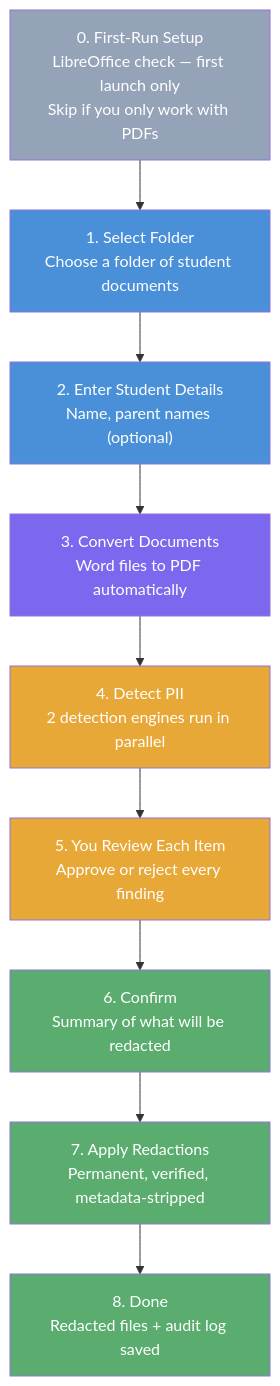
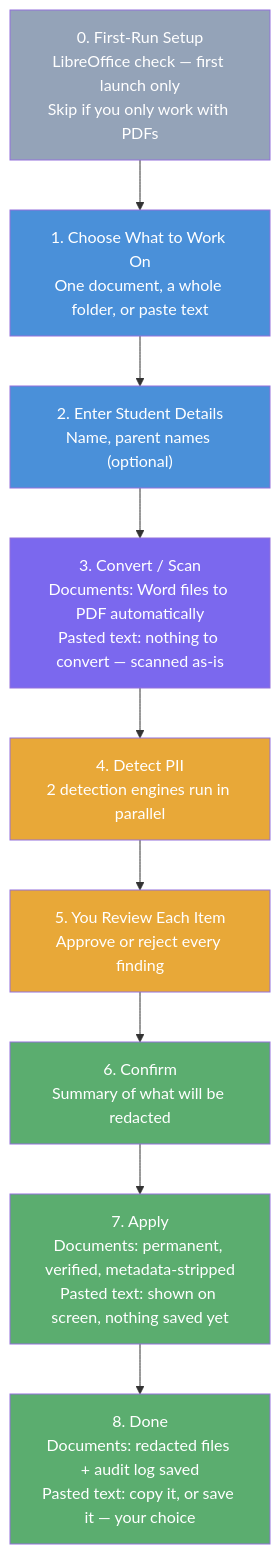
The first of 3 diagrams in README.md (mrdavearms/student-doc-redactor), drawn with Mermaid before and after one commit. The commit also changed other lines of this file, not shown here.

First line of the commit message:
docs(readme): document the paste-text pathway for v1.9.0

````diff
--- a/README.md
+++ b/README.md
@@ -144,22 +154,22 @@
 ```mermaid
 flowchart TD
     S["0. First-Run Setup\nLibreOffice check — first launch only\nSkip if you only work with PDFs"] --> A
-    A["1. Select Folder\nChoose a folder of student documents"] --> B
+    A["1. Choose What to Work On\nOne document, a whole folder, or paste text"] --> B
     B["2. Enter Student Details\nName, parent names (optional)"] --> C
-    C["3. Convert Documents\nWord files to PDF automatically"] --> D
+    C["3. Convert / Scan\nDocuments: Word files to PDF automatically\nPasted text: nothing to convert — scanned as-is"] --> D
     D["4. Detect PII\n2 detection engines run in parallel"] --> E
     E["5. You Review Each Item\nApprove or reject every finding"] --> F
     F["6. Confirm\nSummary of what will be redacted"] --> G
-    G["7. Apply Redactions\nPermanent, verified, metadata-stripped"] --> H
-    H["8. Done\nRedacted files + audit log saved"]
+    G["7. Apply\nDocuments: permanent, verified, metadata-stripped\nPasted text: shown on screen, nothing saved yet"] --> H
+    H["8. Done\nDocuments: redacted files + audit log saved\nPasted text: copy it, or save it — your choice"]
 
     style S fill:#94A3B8,color:#fff
     style A fill:#4A90D9,color:#fff
     style B fill:#4A90D9,color:#fff
     style C fill:#7B68EE,color:#fff
     style D fill:#E8A838,color:#fff
     style E fill:#E8A838,color:#fff
     style F fill:#5BAD6F,color:#fff
     style G fill:#5BAD6F,color:#fff
     style H fill:#5BAD6F,color:#fff
 ```
````
